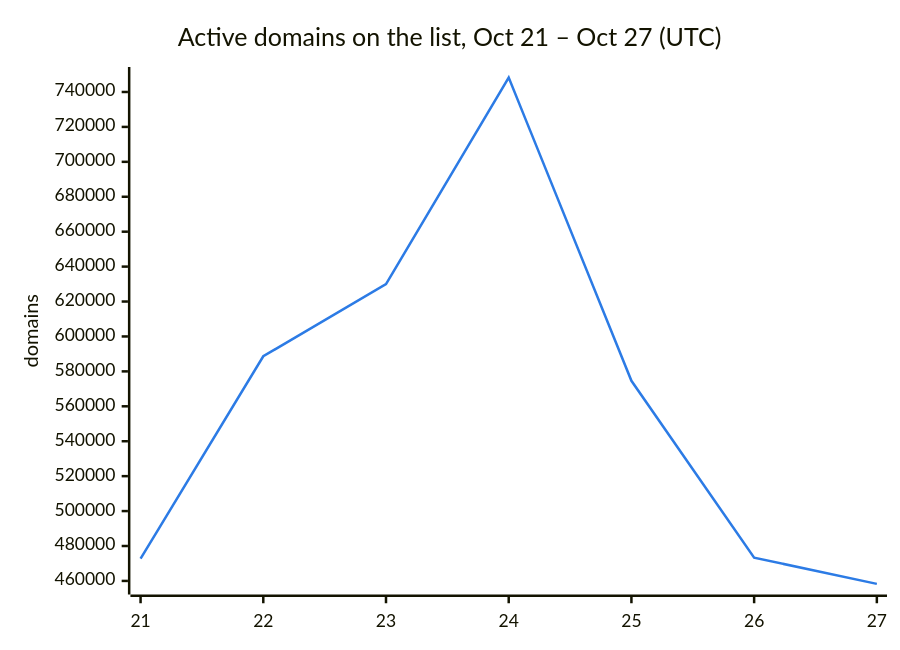
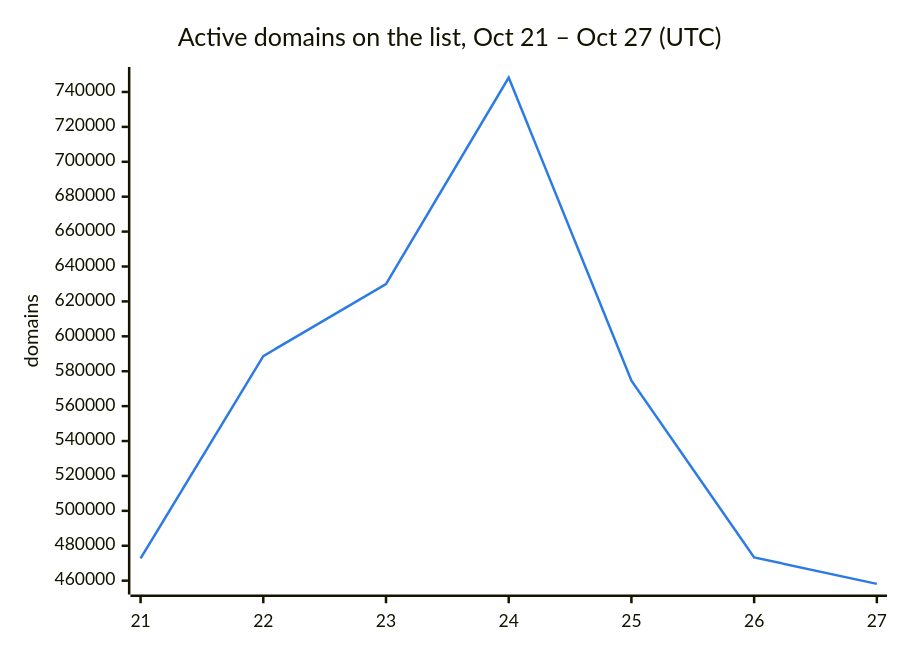
One commit to DNSBunker/CTI changed the second of 3 diagrams in README.md. Above: the diagram before and after it, drawn with Mermaid. The commit also changed other lines of this file and 3 other files, not shown here.

````diff
--- a/README.md
+++ b/README.md
@@ -38,8 +38,8 @@
 ```mermaid
 %%{init: {"themeVariables": {"xyChart": {"plotColorPalette": "#2c7be5"}}}}%%
 xychart-beta
     title "Active domains on the list, Oct 21 – Oct 27 (UTC)"
     x-axis ["21", "22", "23", "24", "25", "26", "27"]
     y-axis "domains"
-    line [472713, 588659, 629951, 748222, 574614, 473331, 458310]
+    line [472713, 588659, 629951, 748222, 574614, 473331, 458156]
 ```
````
